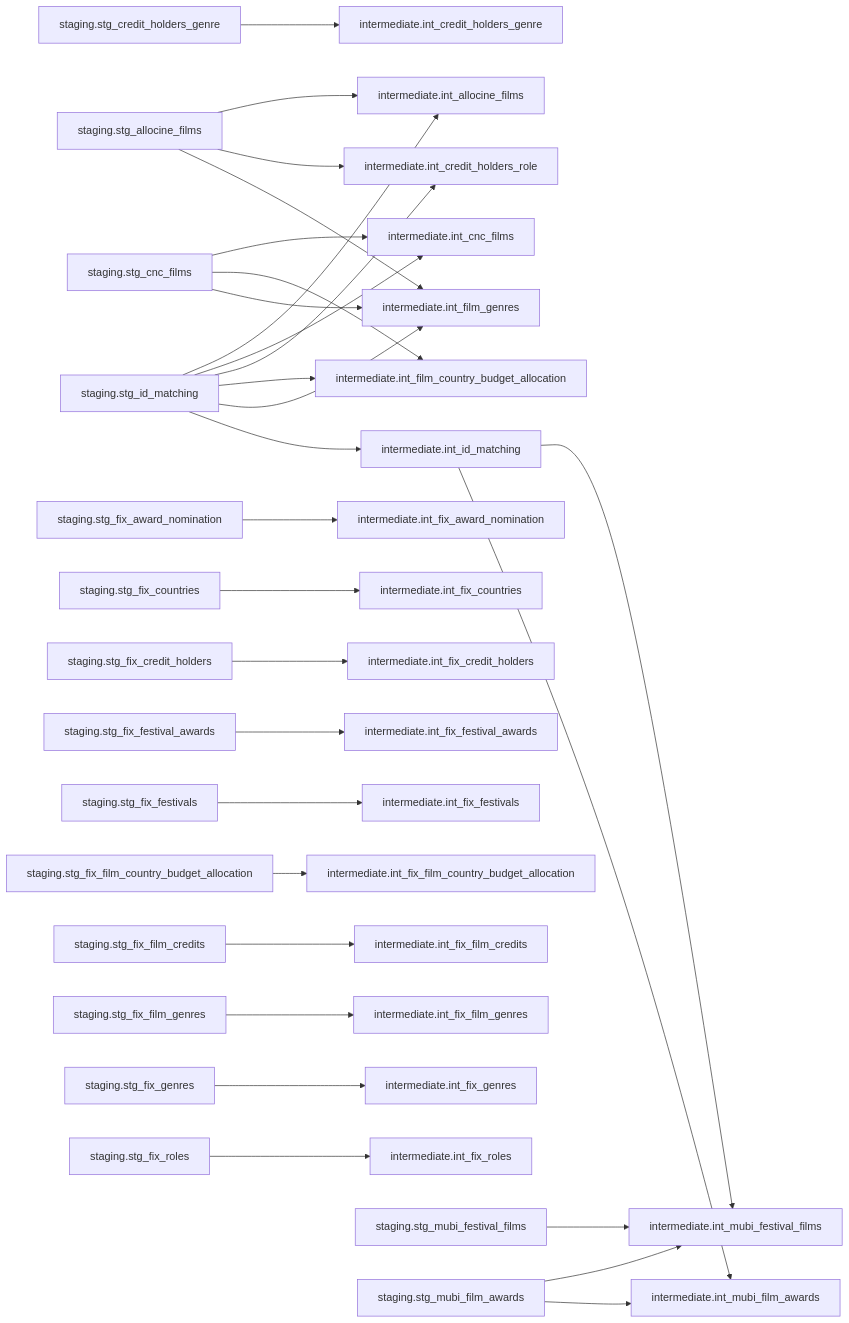
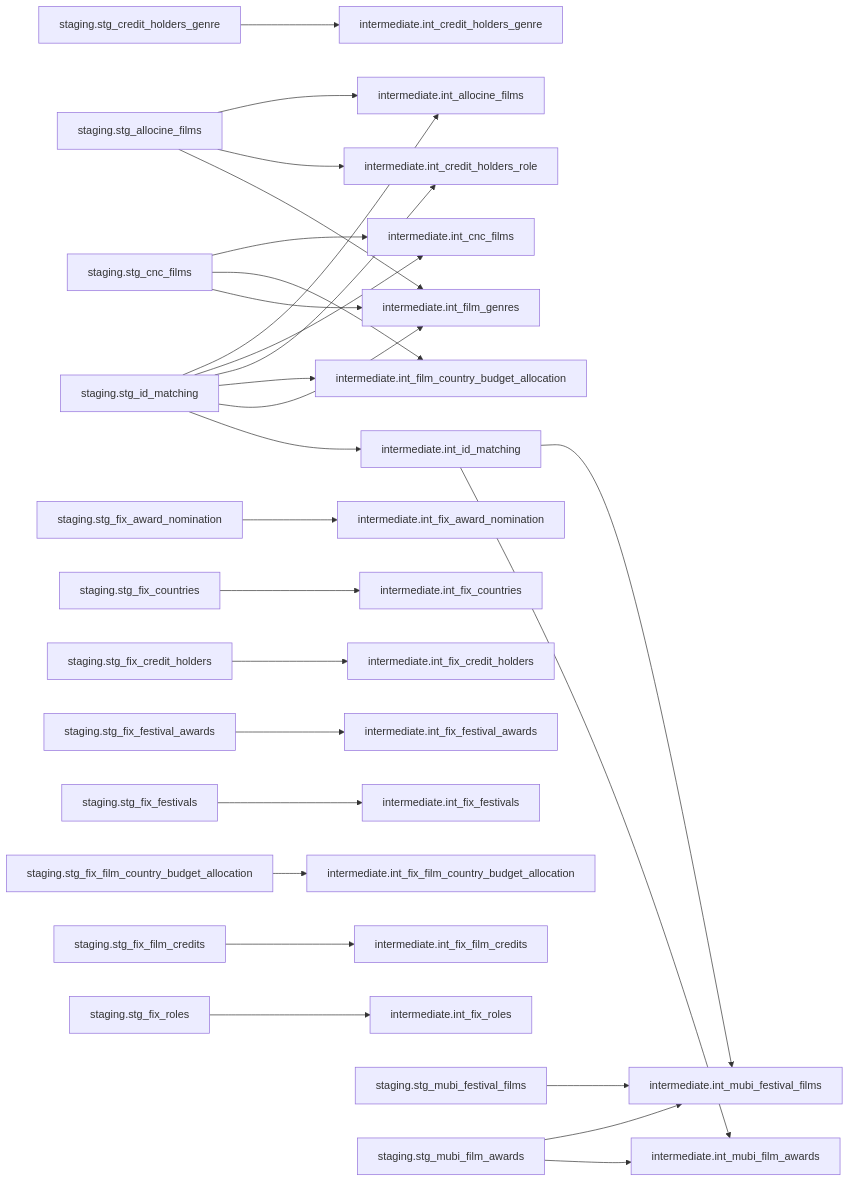
One commit to Le-Collectif-50-50/cinestats-5050 changed the third of 5 diagrams in docs/dbt-lineage.md. Above: the diagram before and after it, drawn with Mermaid. The commit also changed other lines of this file, not shown here.

````diff
--- a/docs/dbt-lineage.md
+++ b/docs/dbt-lineage.md
@@ -226,66 +206,60 @@
 ```mermaid
 flowchart LR
-  n11["intermediate.int_allocine_films"]
-  n12["intermediate.int_cnc_films"]
-  n13["intermediate.int_credit_holders_genre"]
-  n14["intermediate.int_credit_holders_role"]
-  n15["intermediate.int_film_country_budget_allocation"]
-  n16["intermediate.int_film_genres"]
-  n17["intermediate.int_fix_award_nomination"]
-  n18["intermediate.int_fix_countries"]
-  n19["intermediate.int_fix_credit_holders"]
-  n20["intermediate.int_fix_festival_awards"]
-  n21["intermediate.int_fix_festivals"]
-  n22["intermediate.int_fix_film_country_budget_allocation"]
-  n23["intermediate.int_fix_film_credits"]
-  n24["intermediate.int_fix_film_genres"]
-  n25["intermediate.int_fix_genres"]
-  n26["intermediate.int_fix_roles"]
-  n27["intermediate.int_id_matching"]
-  n28["intermediate.int_mubi_festival_films"]
-  n29["intermediate.int_mubi_film_awards"]
-  n30["staging.stg_allocine_films"]
-  n31["staging.stg_cnc_films"]
-  n32["staging.stg_credit_holders_genre"]
-  n33["staging.stg_fix_award_nomination"]
-  n34["staging.stg_fix_countries"]
-  n35["staging.stg_fix_credit_holders"]
-  n36["staging.stg_fix_festival_awards"]
-  n37["staging.stg_fix_festivals"]
-  n38["staging.stg_fix_film_country_budget_allocation"]
-  n39["staging.stg_fix_film_credits"]
-  n40["staging.stg_fix_film_genres"]
-  n41["staging.stg_fix_genres"]
-  n42["staging.stg_fix_roles"]
-  n43["staging.stg_id_matching"]
-  n44["staging.stg_mubi_festival_films"]
-  n45["staging.stg_mubi_film_awards"]
-  n27 --> n28
-  n27 --> n29
-  n30 --> n11
-  n30 --> n14
+  n9["intermediate.int_allocine_films"]
+  n10["intermediate.int_cnc_films"]
+  n11["intermediate.int_credit_holders_genre"]
+  n12["intermediate.int_credit_holders_role"]
+  n13["intermediate.int_film_country_budget_allocation"]
+  n14["intermediate.int_film_genres"]
+  n15["intermediate.int_fix_award_nomination"]
+  n16["intermediate.int_fix_countries"]
+  n17["intermediate.int_fix_credit_holders"]
+  n18["intermediate.int_fix_festival_awards"]
+  n19["intermediate.int_fix_festivals"]
+  n20["intermediate.int_fix_film_country_budget_allocation"]
+  n21["intermediate.int_fix_film_credits"]
+  n22["intermediate.int_fix_roles"]
+  n23["intermediate.int_id_matching"]
+  n24["intermediate.int_mubi_festival_films"]
+  n25["intermediate.int_mubi_film_awards"]
+  n26["staging.stg_allocine_films"]
+  n27["staging.stg_cnc_films"]
+  n28["staging.stg_credit_holders_genre"]
+  n29["staging.stg_fix_award_nomination"]
+  n30["staging.stg_fix_countries"]
+  n31["staging.stg_fix_credit_holders"]
+  n32["staging.stg_fix_festival_awards"]
+  n33["staging.stg_fix_festivals"]
+  n34["staging.stg_fix_film_country_budget_allocation"]
+  n35["staging.stg_fix_film_credits"]
+  n36["staging.stg_fix_roles"]
+  n37["staging.stg_id_matching"]
+  n38["staging.stg_mubi_festival_films"]
+  n39["staging.stg_mubi_film_awards"]
+  n23 --> n24
+  n23 --> n25
+  n26 --> n9
+  n26 --> n12
+  n26 --> n14
+  n27 --> n10
+  n27 --> n13
+  n27 --> n14
+  n28 --> n11
+  n29 --> n15
   n30 --> n16
-  n31 --> n12
-  n31 --> n15
-  n31 --> n16
-  n32 --> n13
-  n33 --> n17
-  n34 --> n18
-  n35 --> n19
-  n36 --> n20
-  n37 --> n21
-  n38 --> n22
-  n39 --> n23
-  n40 --> n24
-  n41 --> n25
-  n42 --> n26
-  n43 --> n11
-  n43 --> n12
-  n43 --> n14
-  n43 --> n15
-  n43 --> n16
-  n43 --> n27
-  n44 --> n28
-  n45 --> n28
-  n45 --> n29
+  n31 --> n17
+  n32 --> n18
+  n33 --> n19
+  n34 --> n20
+  n35 --> n21
+  n36 --> n22
+  n37 --> n9
+  n37 --> n10
+  n37 --> n12
+  n37 --> n13
+  n37 --> n14
+  n37 --> n23
+  n38 --> n24
+  n39 --> n24
+  n39 --> n25
 ```
````
